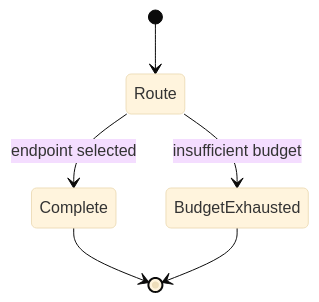
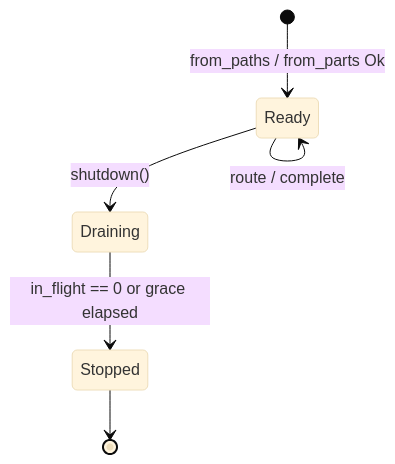
Before and after one commit to arkadianet/Alloy: the third of 4 diagrams in docs/rfcs/RFC-0007-model-router-provider.md, drawn with Mermaid (base theme). The commit also changed other lines of this file and 2 other files, not shown here.

````diff
--- a/docs/rfcs/RFC-0007-model-router-provider.md
+++ b/docs/rfcs/RFC-0007-model-router-provider.md
@@ -79,8 +933,8 @@
 ```mermaid
 stateDiagram-v2
-  [*] --> Route
-  Route --> Complete: endpoint selected
-  Route --> BudgetExhausted: insufficient budget
-  Complete --> [*]
-  BudgetExhausted --> [*]
+  [*] --> Ready: from_paths / from_parts Ok
+  Ready --> Ready: route / complete
+  Ready --> Draining: shutdown()
+  Draining --> Stopped: in_flight == 0 or grace elapsed
+  Stopped --> [*]
 ```
````
